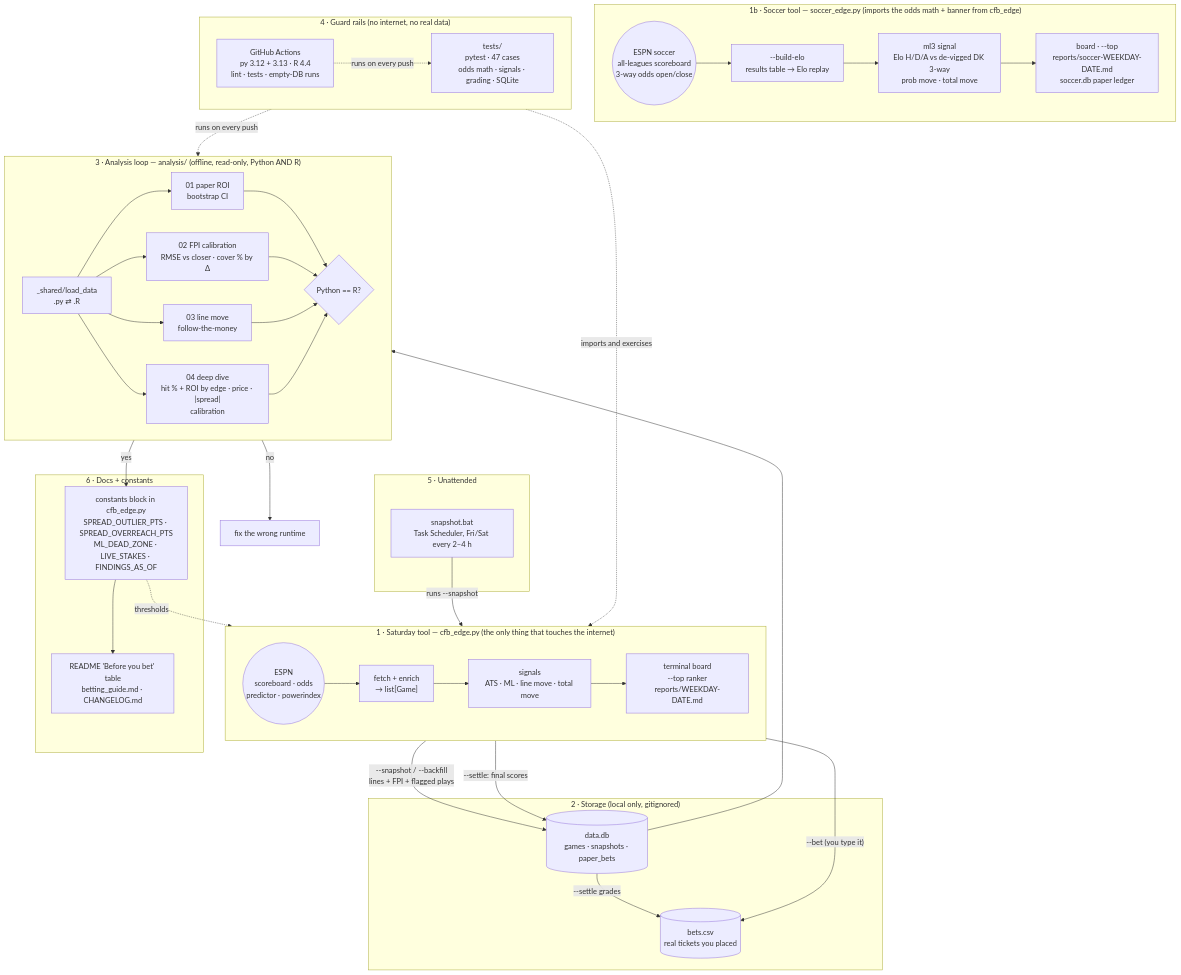
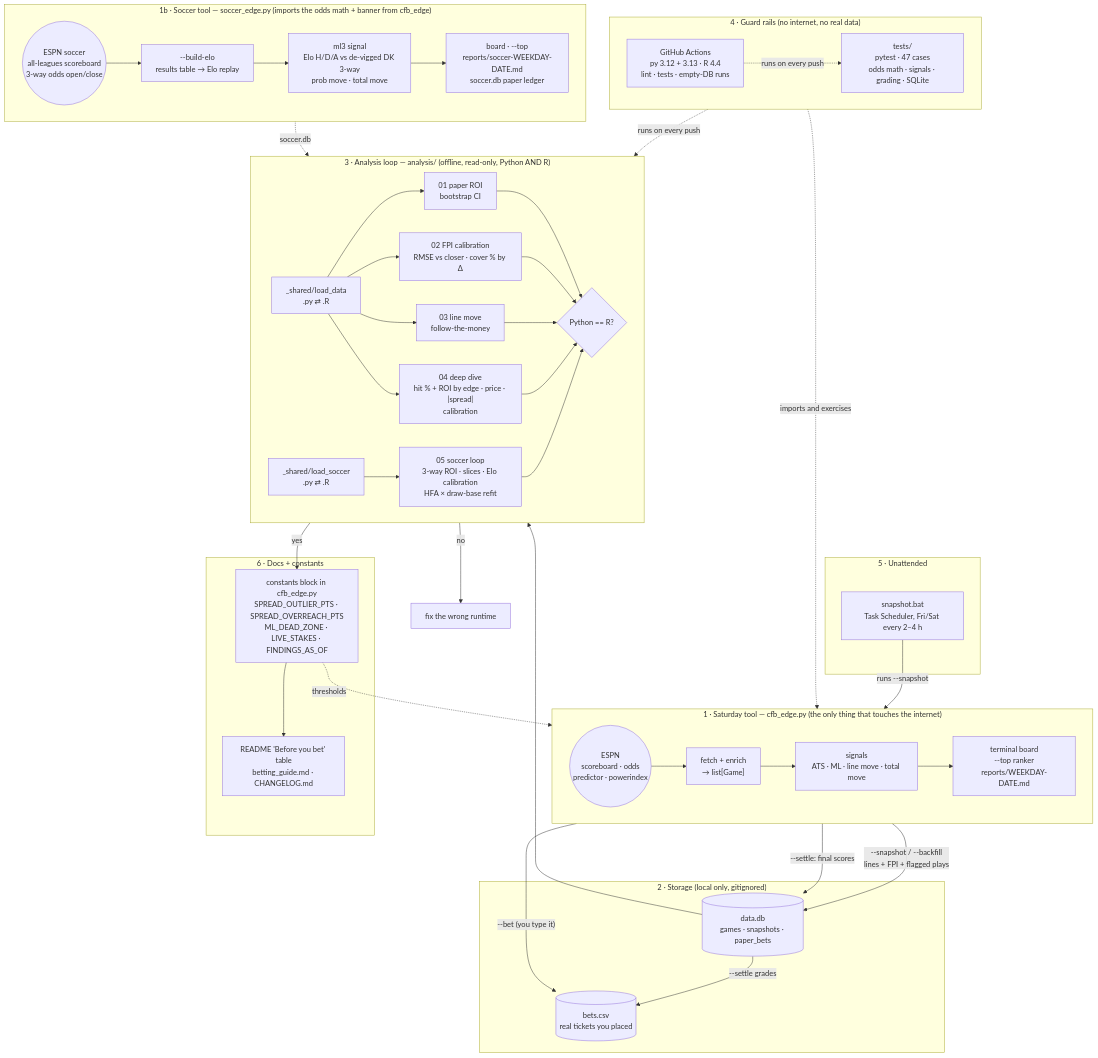
One commit to wbp318/cfb_pro_soccer_2026 changed the first of 13 diagrams in README.md. Above: the diagram before and after it, drawn with Mermaid. The commit also changed other lines of this file and 10 other files, not shown here.

First line of the commit message:
Add analysis/05_soccer: the soccer analysis loop in Python and R

````diff
--- a/README.md
+++ b/README.md
@@ -173,59 +173,61 @@
 ```mermaid
 flowchart TB
     subgraph LIVE["1 · Saturday tool — cfb_edge.py (the only thing that touches the internet)"]
         direction LR
         ESPN(("ESPN\nscoreboard · odds\npredictor · powerindex")) --> FETCH["fetch + enrich\n→ list[Game]"]
         FETCH --> SIG["signals\nATS · ML · line move · total move"]
         SIG --> OUT["terminal board\n--top ranker\nreports/WEEKDAY-DATE.md"]
     end
 
     subgraph SOC["1b · Soccer tool — soccer_edge.py (imports the odds math + banner from cfb_edge)"]
         direction LR
         ESPN2(("ESPN soccer\nall-leagues scoreboard\n3-way odds open/close")) --> ELO["--build-elo\nresults table → Elo replay"]
         ELO --> SIG2["ml3 signal\nElo H/D/A vs de-vigged DK 3-way\nprob move · total move"]
         SIG2 --> OUT2["board · --top\nreports/soccer-WEEKDAY-DATE.md\nsoccer.db paper ledger"]
     end
+    OUT2 -.->|"soccer.db"| LS
 
     subgraph STORE["2 · Storage (local only, gitignored)"]
         DB[("data.db\ngames · snapshots · paper_bets")]
         CSV[("bets.csv\nreal tickets you placed")]
     end
 
     subgraph CHECK["3 · Analysis loop — analysis/ (offline, read-only, Python AND R)"]
         direction LR
         L["_shared/load_data\n.py ⇄ .R"] --> A1["01 paper ROI\nbootstrap CI"]
         L --> A2["02 FPI calibration\nRMSE vs closer · cover % by Δ"]
         L --> A3["03 line move\nfollow-the-money"]
         L --> A4["04 deep dive\nhit % + ROI by edge · price · |spread|\ncalibration"]
-        A1 & A2 & A3 & A4 --> AGREE{"Python == R?"}
+        LS["_shared/load_soccer\n.py ⇄ .R"] --> A5["05 soccer loop\n3-way ROI · slices · Elo calibration\nHFA × draw-base refit"]
+        A1 & A2 & A3 & A4 & A5 --> AGREE{"Python == R?"}
     end
 
     subgraph GUARD["4 · Guard rails (no internet, no real data)"]
         direction LR
         T["tests/\npytest · 47 cases\nodds math · signals · grading · SQLite"]
         CI["GitHub Actions\npy 3.12 + 3.13 · R 4.4\nlint · tests · empty-DB runs"]
     end
 
     subgraph SCHED["5 · Unattended"]
         BAT["snapshot.bat\nTask Scheduler, Fri/Sat every 2–4 h"]
     end
 
     subgraph DOCS["6 · Docs + constants"]
         K["constants block in cfb_edge.py\nSPREAD_OUTLIER_PTS · SPREAD_OVERREACH_PTS\nML_DEAD_ZONE · LIVE_STAKES · FINDINGS_AS_OF"]
         R["README 'Before you bet' table\nbetting_guide.md · CHANGELOG.md"]
     end
 
     SIG -->|"--snapshot / --backfill\nlines + FPI + flagged plays"| DB
     OUT -->|"--bet (you type it)"| CSV
     ESPN -->|"--settle: final scores"| DB
     DB -->|"--settle grades"| CSV
     BAT -->|runs --snapshot| LIVE
     DB --> L
     AGREE -- yes --> K
     AGREE -- no --> BUG["fix the wrong runtime"]
     K -.->|thresholds| SIG
     K --> R
     T -.->|"imports and exercises"| LIVE
     CI -.->|"runs on every push"| T
     CI -.->|"runs on every push"| CHECK
 ```
````
